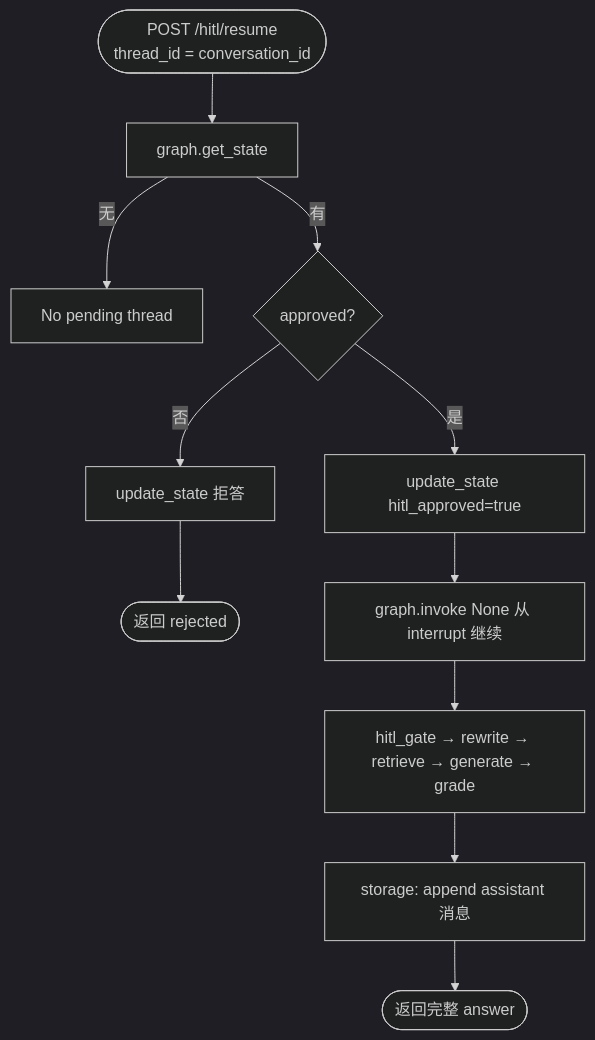
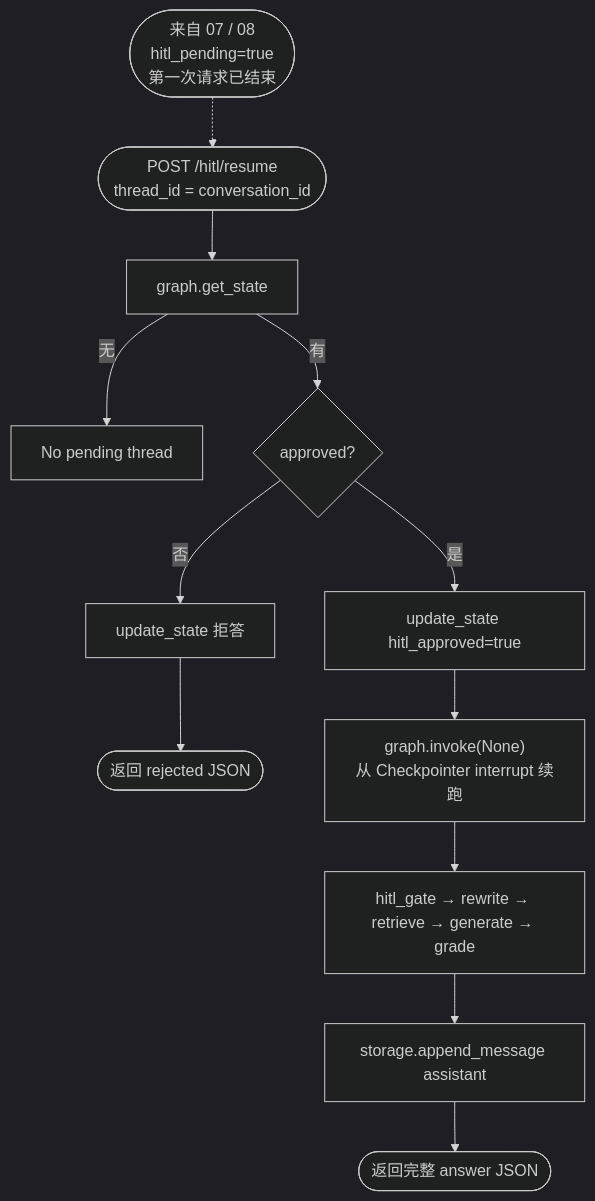
The ninth of 22 diagrams in project_00_rag_agent/docs/architecture.md (charlie-chann/ai-agent-langgraph-main), drawn with Mermaid (dark theme) before and after one commit. The commit also changed other lines of this file and 19 other files, not shown here.

Commit message:
feat(project_00): 增强流式节点并同步检索/摄取架构图

````diff
--- a/project_00_rag_agent/docs/architecture.md
+++ b/project_00_rag_agent/docs/architecture.md
@@ -486,15 +482,19 @@
 ```mermaid
 flowchart TD
+    FROM(["来自 07 / 08<br/>hitl_pending=true<br/>第一次请求已结束"]) -.-> START
+
     START([POST /hitl/resume<br/>thread_id = conversation_id]) --> SNAP[graph.get_state]
     SNAP -->|无| ERR[No pending thread]
     SNAP -->|有| APPROVE{approved?}
 
     APPROVE -->|否| REJECT[update_state 拒答]
-    REJECT --> END1([返回 rejected])
+    REJECT --> END1([返回 rejected JSON])
 
     APPROVE -->|是| UPDATE[update_state hitl_approved=true]
-    UPDATE --> RESUME[graph.invoke None 从 interrupt 继续]
+    UPDATE --> RESUME["graph.invoke(None)<br/>从 Checkpointer interrupt 续跑"]
     RESUME --> FLOW[hitl_gate → rewrite → retrieve → generate → grade]
-    FLOW --> SAVE[storage: append assistant 消息]
-    SAVE --> END2([返回完整 answer])
+    FLOW --> SAVE[storage.append_message assistant]
+    SAVE --> END2([返回完整 answer JSON])
+
+    %% 独立第二次 HTTP；07/08 在 invoke/astream 中断后均走此路径
 ```
````
